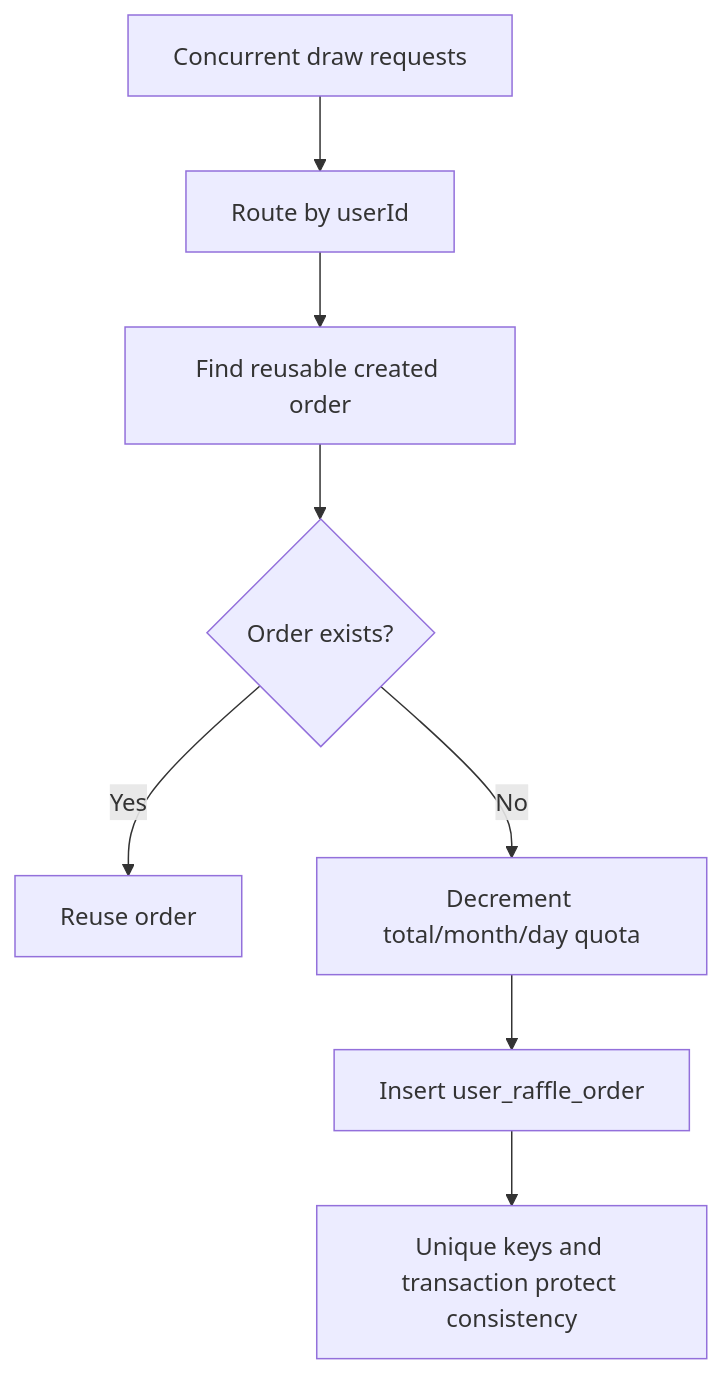
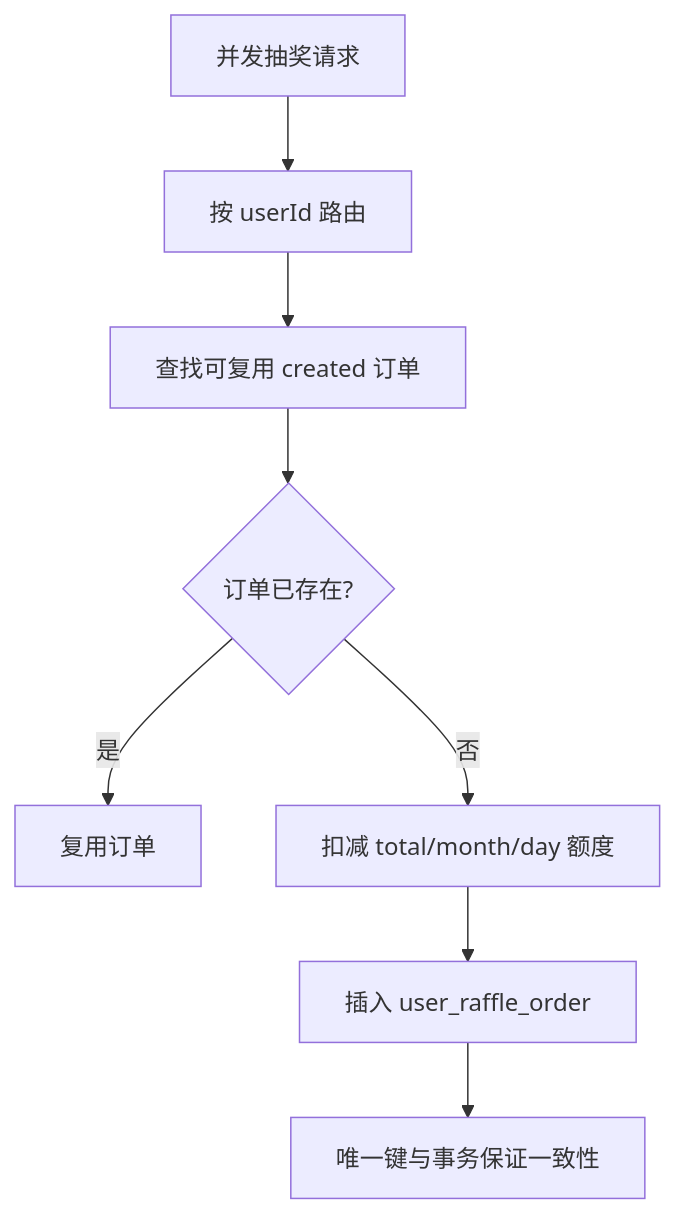
One commit to dyxnb22/big-market-ai-platform changed the diagram in docs/learning/06-high-concurrency-scenarios.md. Above: the diagram before and after it, drawn with Mermaid. The commit also changed other lines of this file and 20 other files, not shown here.

````diff
--- a/docs/learning/06-high-concurrency-scenarios.md
+++ b/docs/learning/06-high-concurrency-scenarios.md
@@ -21,10 +21,10 @@
 ```mermaid
 flowchart TD
-    A["Concurrent draw requests"] --> B["Route by userId"]
-    B --> C["Find reusable created order"]
-    C --> D{"Order exists?"}
-    D -->|Yes| E["Reuse order"]
-    D -->|No| F["Decrement total/month/day quota"]
-    F --> G["Insert user_raffle_order"]
-    G --> H["Unique keys and transaction protect consistency"]
+    A["并发抽奖请求"] --> B["按 userId 路由"]
+    B --> C["查找可复用 created 订单"]
+    C --> D{"订单已存在?"}
+    D -->|是| E["复用订单"]
+    D -->|否| F["扣减 total/month/day 额度"]
+    F --> G["插入 user_raffle_order"]
+    G --> H["唯一键与事务保证一致性"]
 ```
````
